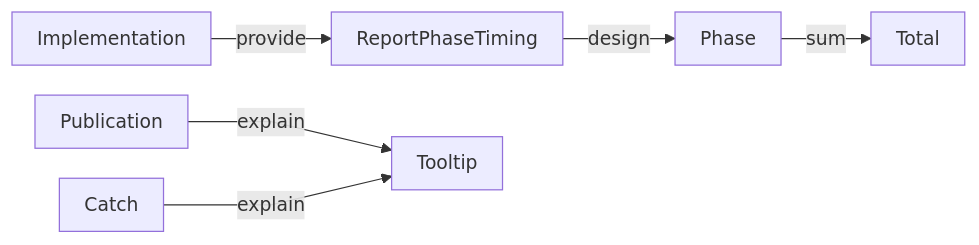
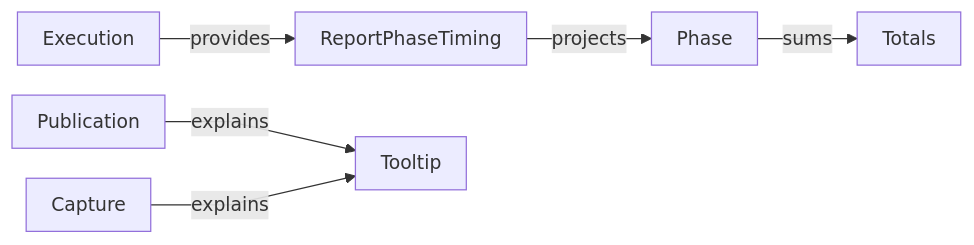
Before and after one commit to crististefanita/atf_j0: diagram 15 of 18 in atf-reporting/README.md, drawn with Mermaid. The commit also changed other lines of this file and 13 other files, not shown here.

````diff
--- a/atf-reporting/README.md
+++ b/atf-reporting/README.md
@@ -1582,9 +1445,9 @@
 ```mermaid
 %%{init: {"themeVariables":{"fontSize":"15px"},"themeCSS":".nodeLabel, .nodeLabel p { font-size: 15px !important; line-height: 1.35 !important; } .edgeLabel, .edgeLabel p { font-size: 12px !important; font-weight: 400 !important; line-height: 1.2 !important; } .edgeLabel .labelBkg, .edgeLabel p { background: transparent !important; } .edgeLabel foreignObject { transform: translateY(-18px); overflow: visible; } .node rect { rx: 6px; ry: 6px; }","flowchart":{"curve":"linear","nodeSpacing":24,"rankSpacing":40,"padding":10,"diagramPadding":16}}}%%
 flowchart LR
-    Execution["Implementation"] -->|provide| Timing["ReportPhaseTiming"]
-    Timing -->|design| Phase["Phase"]
-    Phase -->|sum| Scenario["Total"]
-    Publication["Publication"] -->|explain| Detail["Tooltip"]
-    Capture["Catch"] -->|explain| Detail
+    Execution["Execution"] -->|provides| Timing["ReportPhaseTiming"]
+    Timing -->|projects| Phase["Phase"]
+    Phase -->|sums| Scenario["Totals"]
+    Publication["Publication"] -->|explains| Detail["Tooltip"]
+    Capture["Capture"] -->|explains| Detail
 ```
````
